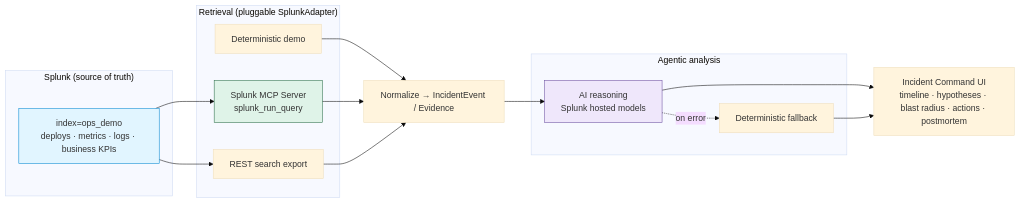
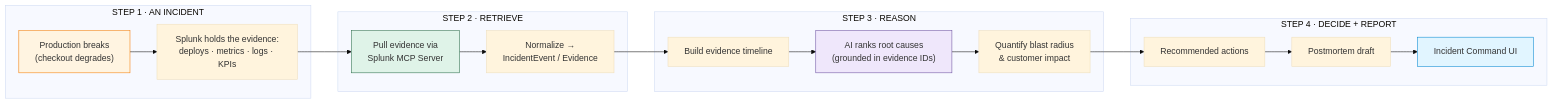
The first of 3 diagrams in README.md (Sai-Krishna99/splunk-ops-flight-recorder), drawn with Mermaid (base theme) before and after one commit. The commit also changed other lines of this file, not shown here.

Commit message:
docs: add workflow, system architecture, and tool-call sequence diagrams to README

````diff
--- a/README.md
+++ b/README.md
@@ -46,30 +46,25 @@
 ```mermaid
-flowchart LR
-    subgraph SP["Splunk (source of truth)"]
-        IDX["index=ops_demo<br/>deploys · metrics · logs · business KPIs"]
+graph LR
+    subgraph S1["STEP 1 · AN INCIDENT"]
+        INC["Production breaks<br/>(checkout degrades)"] --> SPL["Splunk holds the evidence:<br/>deploys · metrics · logs · KPIs"]
     end
-    subgraph RET["Retrieval (pluggable SplunkAdapter)"]
-        MCP["Splunk MCP Server<br/>splunk_run_query"]
-        REST["REST search export"]
-        DEMO["Deterministic demo"]
+    subgraph S2["STEP 2 · RETRIEVE"]
+        SPL --> MCP["Pull evidence via<br/>Splunk MCP Server"]
+        MCP --> NORM["Normalize →<br/>IncidentEvent / Evidence"]
     end
-    NORM["Normalize → IncidentEvent / Evidence"]
-    subgraph AGENT["Agentic analysis"]
-        AI["AI reasoning<br/>Splunk hosted models"]
-        DET["Deterministic fallback"]
+    subgraph S3["STEP 3 · REASON"]
+        NORM --> TL["Build evidence timeline"]
+        TL --> HYP["AI ranks root causes<br/>(grounded in evidence IDs)"]
+        HYP --> BR["Quantify blast radius<br/>& customer impact"]
     end
-    UI["Incident Command UI<br/>timeline · hypotheses · blast radius · actions · postmortem"]
+    subgraph S4["STEP 4 · DECIDE + REPORT"]
+        BR --> ACT["Recommended actions"]
+        ACT --> PM["Postmortem draft"]
+        PM --> UICMD["Incident Command UI"]
+    end
 
-    IDX --> MCP & REST
-    DEMO --> NORM
-    MCP --> NORM
-    REST --> NORM
-    NORM --> AI
-    AI -. on error .-> DET
-    AI --> UI
-    DET --> UI
-
+    style INC fill:#fff4e1,stroke:#f57c00
     style MCP fill:#dff3e8,stroke:#2c6e49
-    style AI fill:#efe7fb,stroke:#6b4fa0
-    style IDX fill:#e1f5ff,stroke:#0288d1
+    style HYP fill:#efe7fb,stroke:#6b4fa0
+    style UICMD fill:#e1f5ff,stroke:#0288d1
 ```
````
